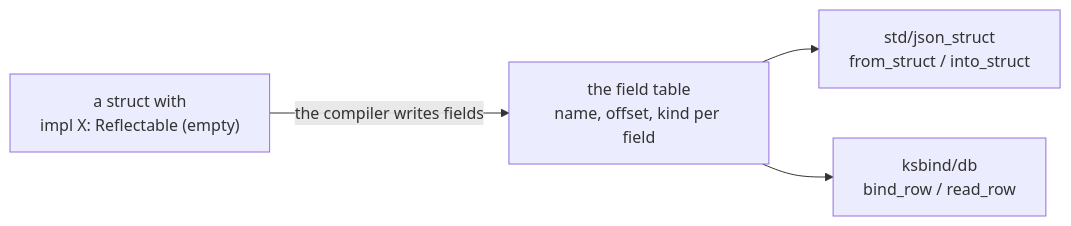
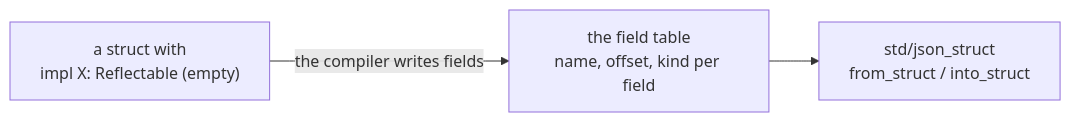
The third of 5 diagrams in docs/DESIGN-programming-language.md (kansosystem-org/kspl-experimental), drawn with Mermaid before and after one commit. The commit also changed other lines of this file and 310 other files, not shown here.

````diff
--- a/docs/DESIGN-programming-language.md
+++ b/docs/DESIGN-programming-language.md
@@ -791,6 +791,5 @@
 ```mermaid
 flowchart LR
     S["a struct with<br/>impl X: Reflectable (empty)"] -->|the compiler writes fields| T["the field table<br/>name, offset, kind per field"]
     T --> J["std/json_struct<br/>from_struct / into_struct"]
-    T --> D["ksbind/db<br/>bind_row / read_row"]
 ```
````
